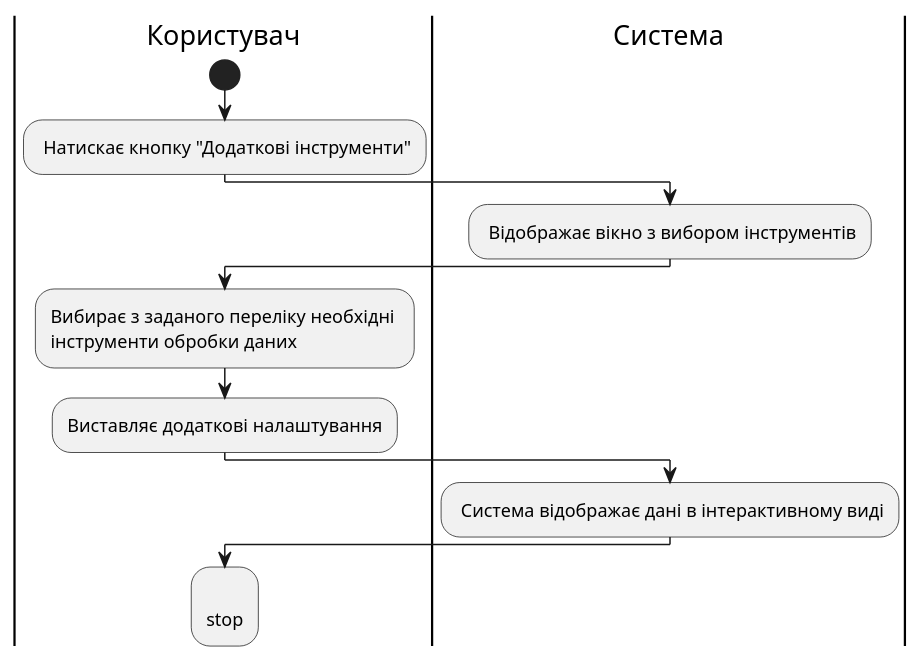
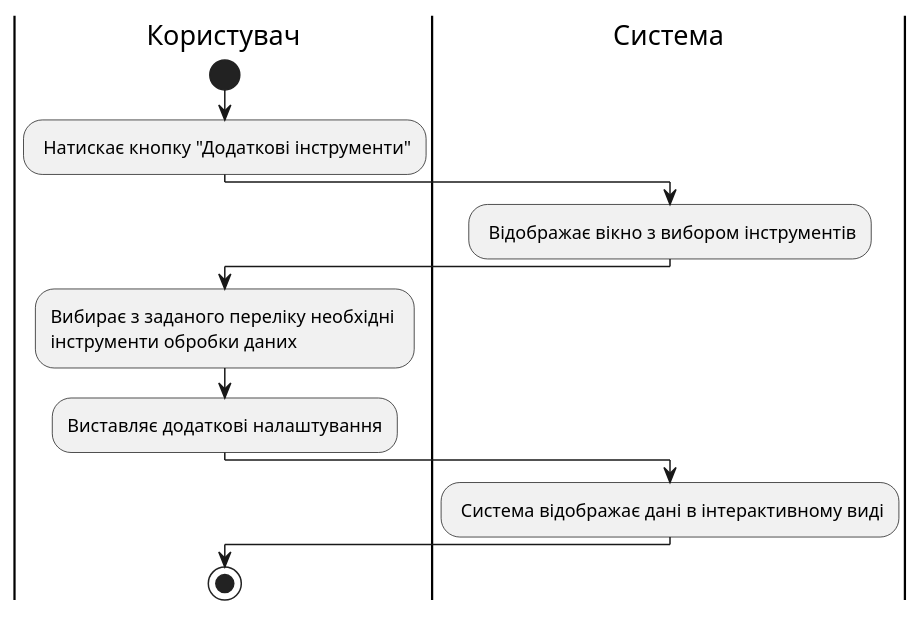
One commit to anrikolo/obd changed the diagram in src/uml/UC_2.1.puml. Above: the diagram before and after it, drawn with PlantUML.

```diff
--- a/src/uml/UC_2.1.puml
+++ b/src/uml/UC_2.1.puml
@@ -1,16 +1,15 @@
 @startuml
 
 |Користувач|
         start
         : Натискає кнопку "Додаткові інструменти";
     |Система|
         : Відображає вікно з вибором інструментів;
     |Користувач|
         :Вибирає з заданого переліку необхідні \nінструменти обробки даних;
         :Виставляє додаткові налаштування;
     |Система|
         : Система відображає дані в інтерактивному виді;
     |Користувач|
-        :
         stop;
 @enduml
```
